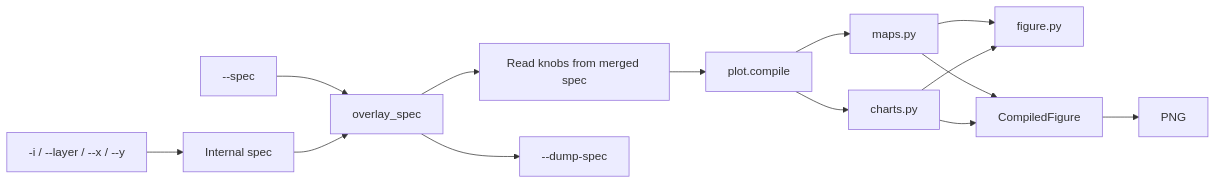
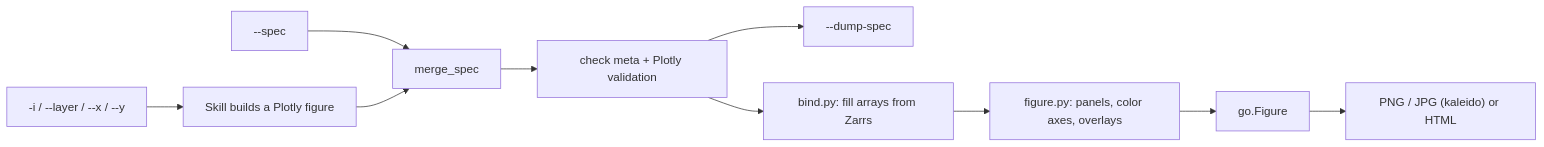
The diagram in docs/plotting.md (rhiza-research/weather-skills-plotting), drawn with Mermaid before and after one commit. The commit also changed other lines of this file and 7 other files, not shown here.

First line of the commit message:
Document the Plotly spec in every skill and the design doc

````diff
--- a/docs/plotting.md
+++ b/docs/plotting.md
@@ -9,16 +27,12 @@
 ```mermaid
 flowchart LR
-  Files["-i / --layer / --x / --y"] --> Internal[Internal spec]
-  SpecFlag["--spec"] --> Merge[overlay_spec]
-  Internal --> Merge
-  Merge --> Read[Read knobs from merged spec]
-  Read --> Compile["plot.compile"]
-  Merge --> Dump["--dump-spec"]
-  Compile --> Maps[maps.py]
-  Compile --> Charts[charts.py]
-  Maps --> Figure[figure.py]
-  Charts --> Figure
-  Maps --> Out[CompiledFigure]
-  Charts --> Out
-  Out --> Export["PNG"]
+  Files["-i / --layer / --x / --y"] --> Skeleton[Skill builds a Plotly figure]
+  SpecFlag["--spec"] --> Merge[merge_spec]
+  Skeleton --> Merge
+  Merge --> Validate[check meta + Plotly validation]
+  Validate --> Dump["--dump-spec"]
+  Validate --> Bind[bind.py: fill arrays from Zarrs]
+  Bind --> Assemble[figure.py: panels, color axes, overlays]
+  Assemble --> Fig[go.Figure]
+  Fig --> Out["PNG / JPG (kaleido) or HTML"]
 ```
````
